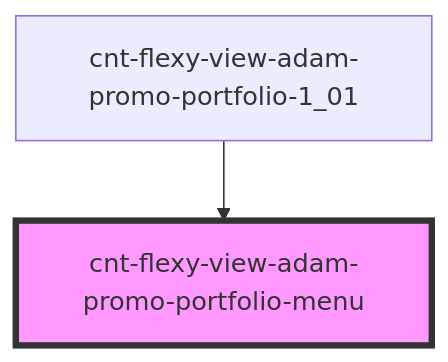
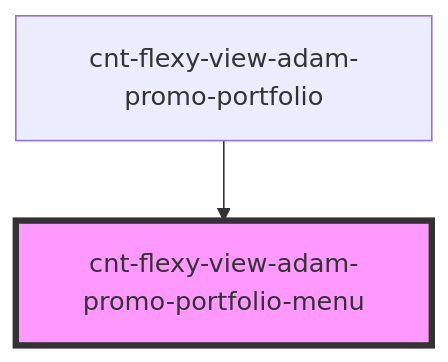
One commit to almalib/s-promo changed the diagram in src/components/cnt-flexy-view-adam-promo-portfolio-wrapper/res/view/cnt-flexy-view-adam-promo-portfolio/res/view/cnt-flexy-view-adam-promo-portfolio-menu/readme.md. Above: the diagram before and after it, drawn with Mermaid. The commit also changed other lines of this file and 134 other files, not shown here.

````diff
--- a/src/components/cnt-flexy-view-adam-promo-portfolio-wrapper/res/view/cnt-flexy-view-adam-promo-portfolio/res/view/cnt-flexy-view-adam-promo-portfolio-menu/readme.md
+++ b/src/components/cnt-flexy-view-adam-promo-portfolio-wrapper/res/view/cnt-flexy-view-adam-promo-portfolio/res/view/cnt-flexy-view-adam-promo-portfolio-menu/readme.md
@@ -29,5 +29,5 @@
 ```mermaid
 graph TD;
-  cnt-flexy-view-adam-promo-portfolio-1_01 --> cnt-flexy-view-adam-promo-portfolio-menu
+  cnt-flexy-view-adam-promo-portfolio --> cnt-flexy-view-adam-promo-portfolio-menu
   style cnt-flexy-view-adam-promo-portfolio-menu fill:#f9f,stroke:#333,stroke-width:4px
 ```
````
